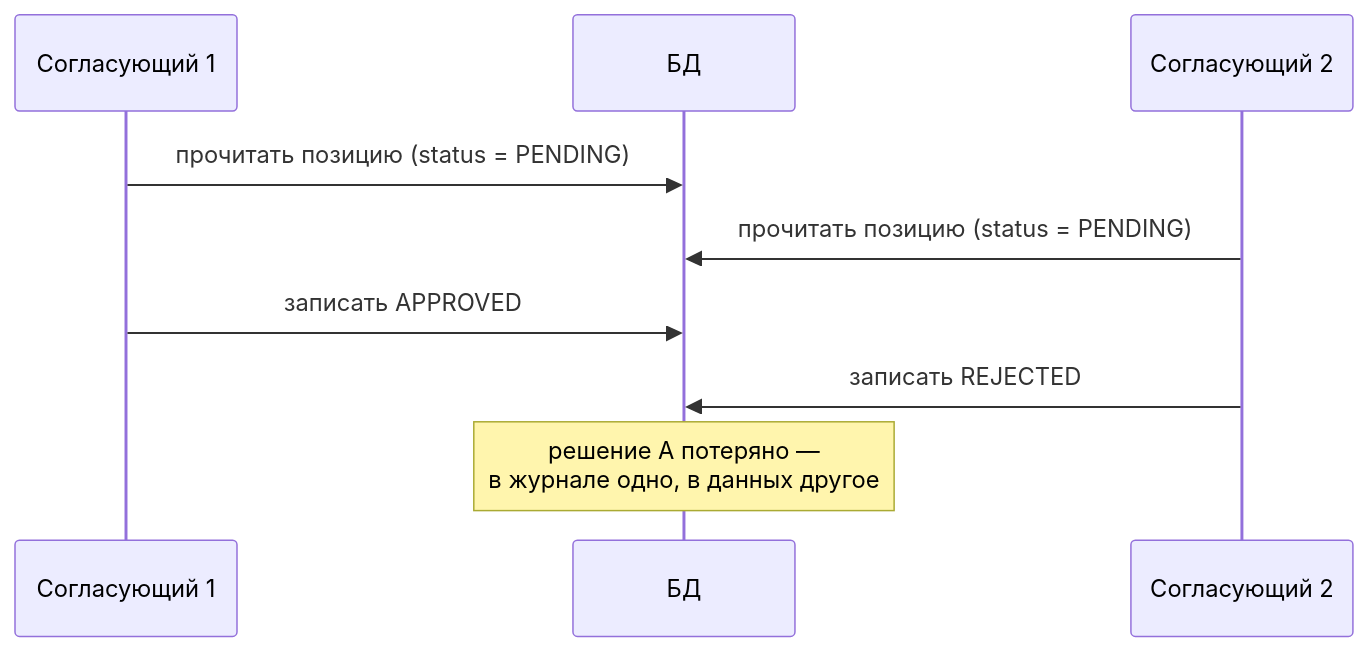
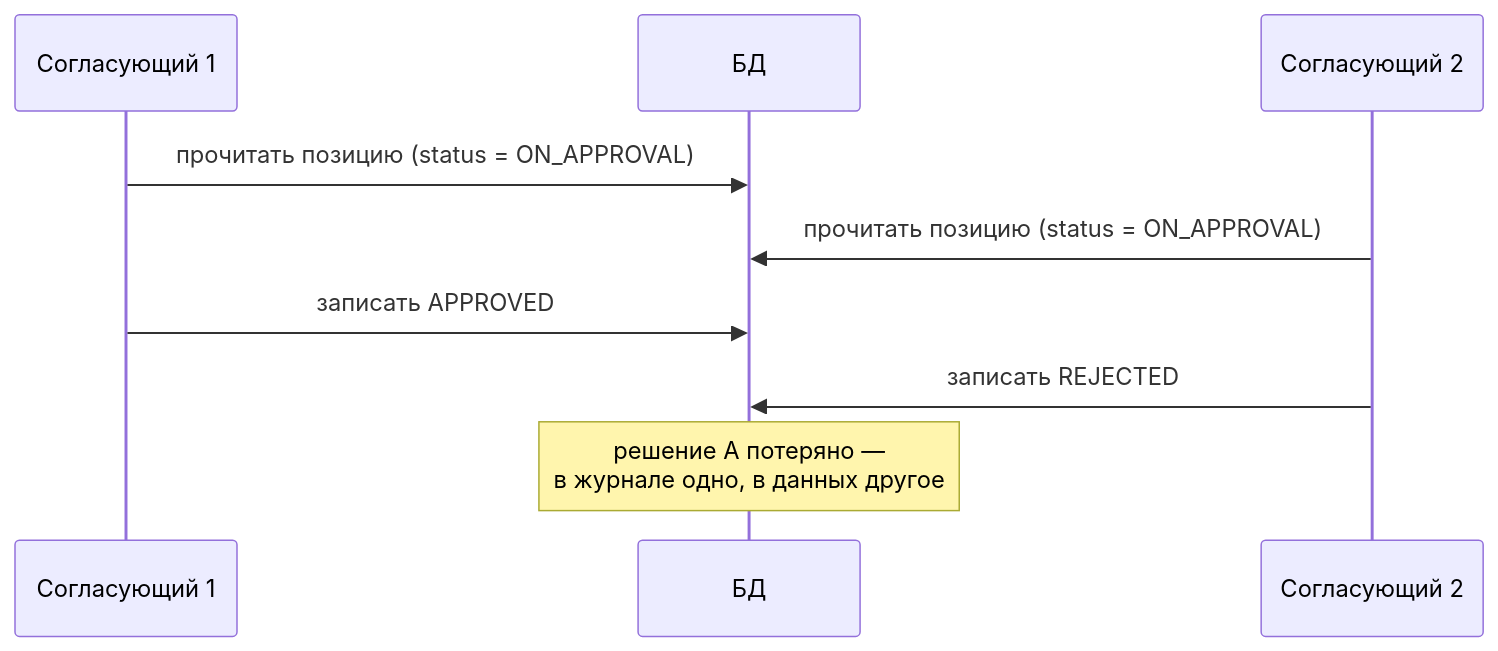
One commit to branch-danya-dev/case_portfolio changed the diagram in src/content/docs/data/transactions-acid.mdx. Above: the diagram before and after it, drawn with Mermaid. The commit also changed 16 other files, not shown here.

````diff
--- a/src/content/docs/data/transactions-acid.mdx
+++ b/src/content/docs/data/transactions-acid.mdx
@@ -76,11 +76,11 @@
 ```mermaid title="Потерянное обновление без проверки версии"
 sequenceDiagram
     participant A as Согласующий 1
     participant DB as БД
     participant B as Согласующий 2
-    A->>DB: прочитать позицию (status = PENDING)
-    B->>DB: прочитать позицию (status = PENDING)
+    A->>DB: прочитать позицию (status = ON_APPROVAL)
+    B->>DB: прочитать позицию (status = ON_APPROVAL)
     A->>DB: записать APPROVED
     B->>DB: записать REJECTED
     Note over DB: решение A потеряно —<br/>в журнале одно, в данных другое
 ```
````
